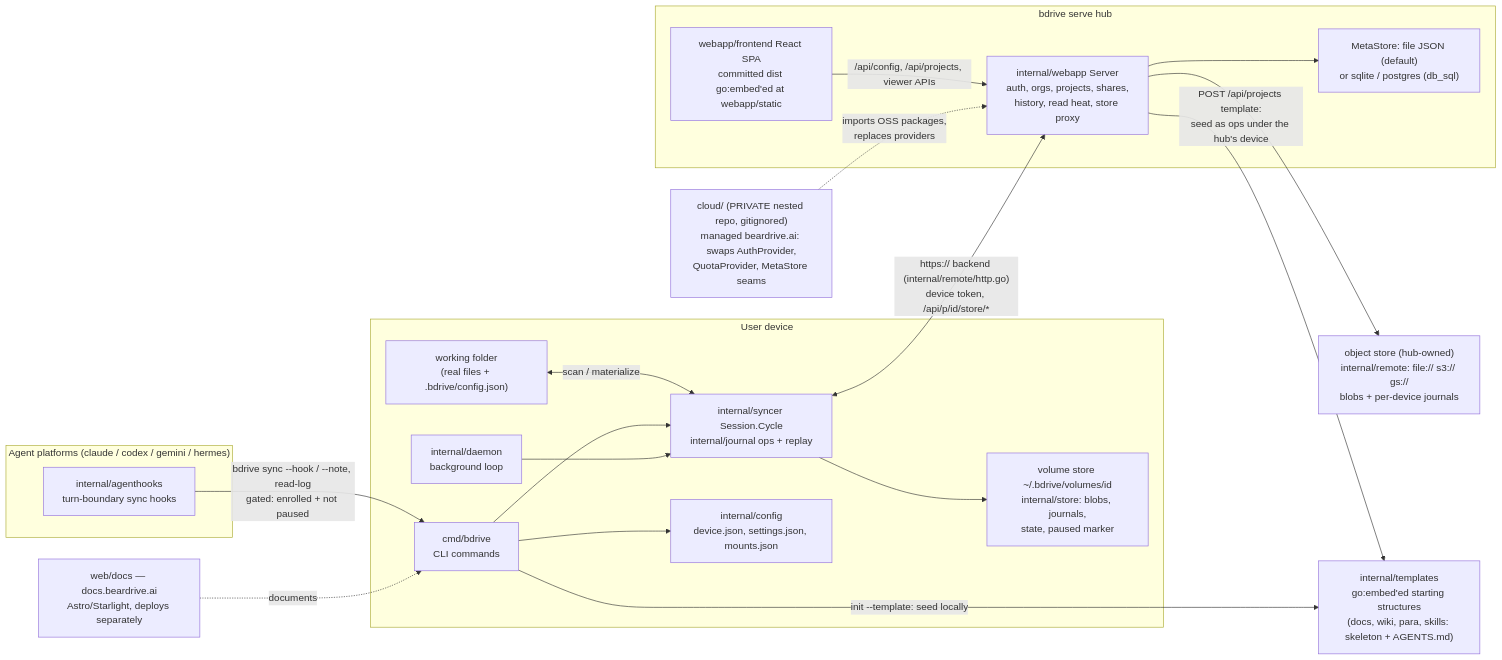
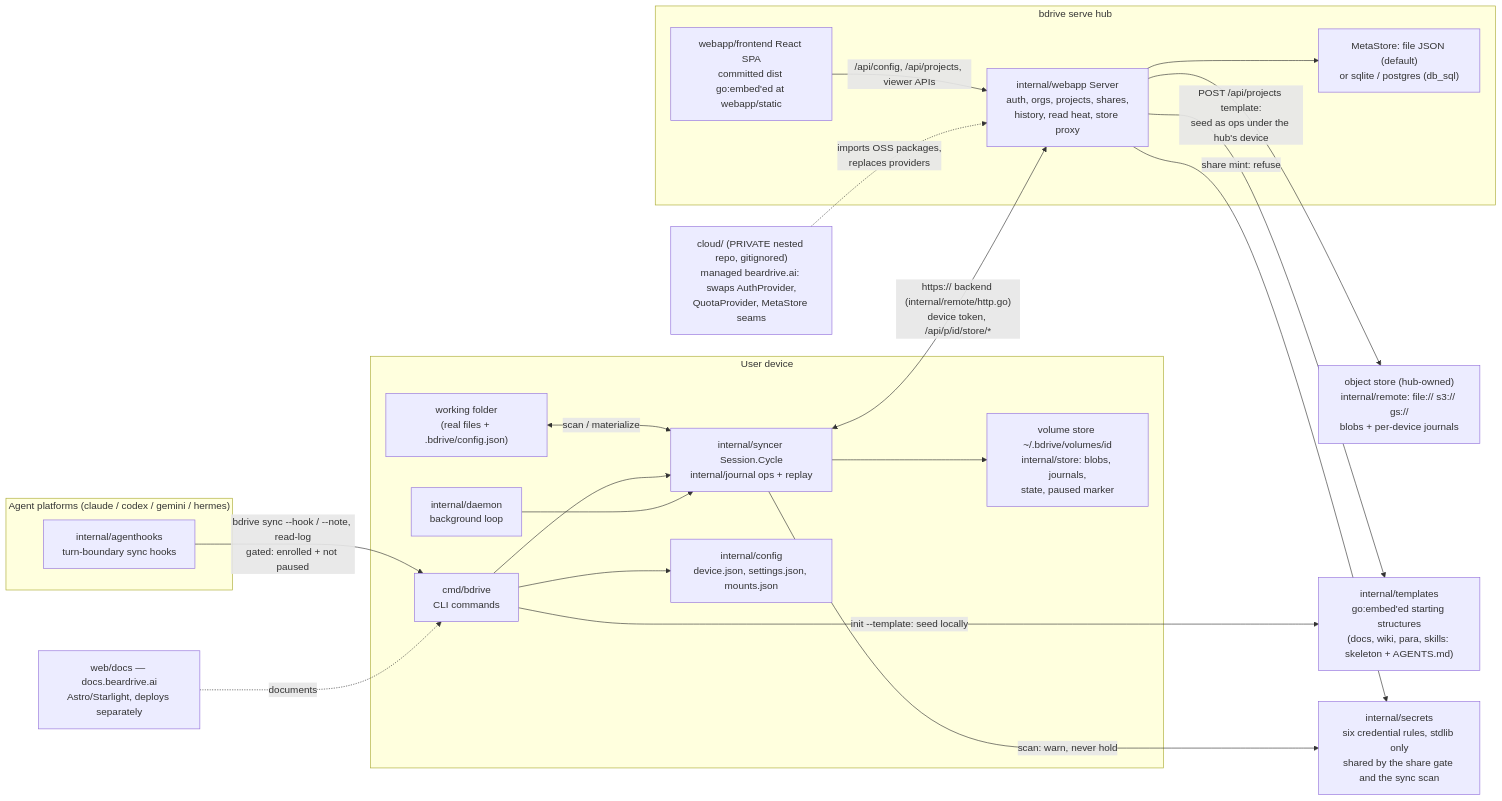
One commit to runbear-io/beardrive changed the diagram in architecture/overview.md. Above: the diagram before and after it, drawn with Mermaid. The commit also changed 23 other files, not shown here.

First line of the commit message:
Catch a credential when it syncs, not only when you share it (#162)

````diff
--- a/architecture/overview.md
+++ b/architecture/overview.md
@@ -10,43 +10,47 @@
 ```mermaid
 flowchart LR
     subgraph device["User device"]
         wf["working folder<br/>(real files + .bdrive/config.json)"]
         cli["cmd/bdrive<br/>CLI commands"]
         dmn["internal/daemon<br/>background loop"]
         eng["internal/syncer Session.Cycle<br/>internal/journal ops + replay"]
         vs["volume store ~/.bdrive/volumes/id<br/>internal/store: blobs, journals,<br/>state, paused marker"]
         cfg["internal/config<br/>device.json, settings.json, mounts.json"]
     end
 
     subgraph agents["Agent platforms (claude / codex / gemini / hermes)"]
         hooks["internal/agenthooks<br/>turn-boundary sync hooks"]
     end
 
     subgraph hub["bdrive serve hub"]
         srv["internal/webapp Server<br/>auth, orgs, projects, shares,<br/>history, read heat, store proxy"]
         fe["webapp/frontend React SPA<br/>committed dist go:embed'ed at webapp/static"]
         meta["MetaStore: file JSON (default)<br/>or sqlite / postgres (db_sql)"]
     end
 
     store["object store (hub-owned)<br/>internal/remote: file:// s3:// gs://<br/>blobs + per-device journals"]
 
     tpl["internal/templates<br/>go:embed'ed starting structures<br/>(docs, wiki, para, skills: skeleton + AGENTS.md)"]
 
+    sec["internal/secrets<br/>six credential rules, stdlib only<br/>shared by the share gate and the sync scan"]
+
     docs["web/docs — docs.beardrive.ai<br/>Astro/Starlight, deploys separately"]
     cloud["cloud/ (PRIVATE nested repo, gitignored)<br/>managed beardrive.ai: swaps AuthProvider,<br/>QuotaProvider, MetaStore seams"]
 
     wf <-->|scan / materialize| eng
     cli --> eng
     dmn --> eng
     cli --> cfg
     eng --> vs
     eng <-->|"https:// backend (internal/remote/http.go)<br/>device token, /api/p/id/store/*"| srv
     hooks -->|"bdrive sync --hook / --note, read-log<br/>gated: enrolled + not paused"| cli
     srv --> store
     srv --> meta
+    eng -->|"scan: warn, never hold"| sec
+    srv -->|"share mint: refuse"| sec
     cli -->|"init --template: seed locally"| tpl
     srv -->|"POST /api/projects template:<br/>seed as ops under the hub's device"| tpl
     fe -->|/api/config, /api/projects, viewer APIs| srv
     cloud -.->|imports OSS packages,<br/>replaces providers| srv
     docs -.->|documents| cli
 ```
````
